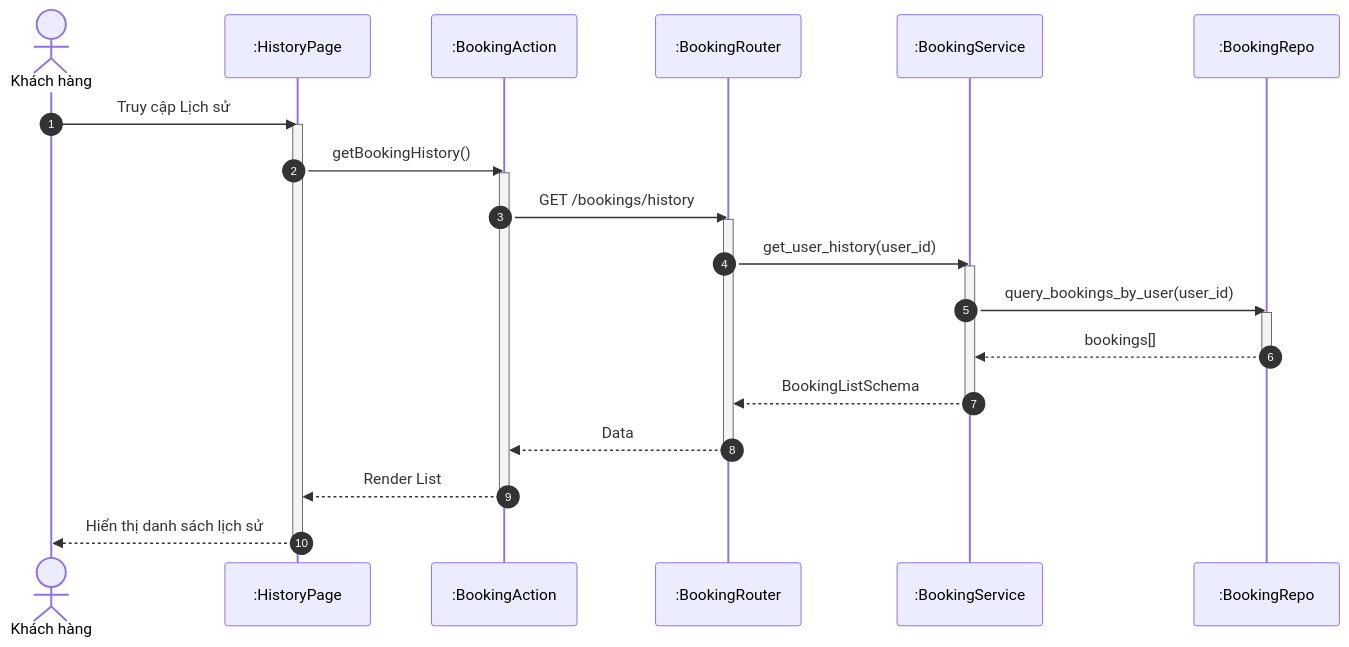
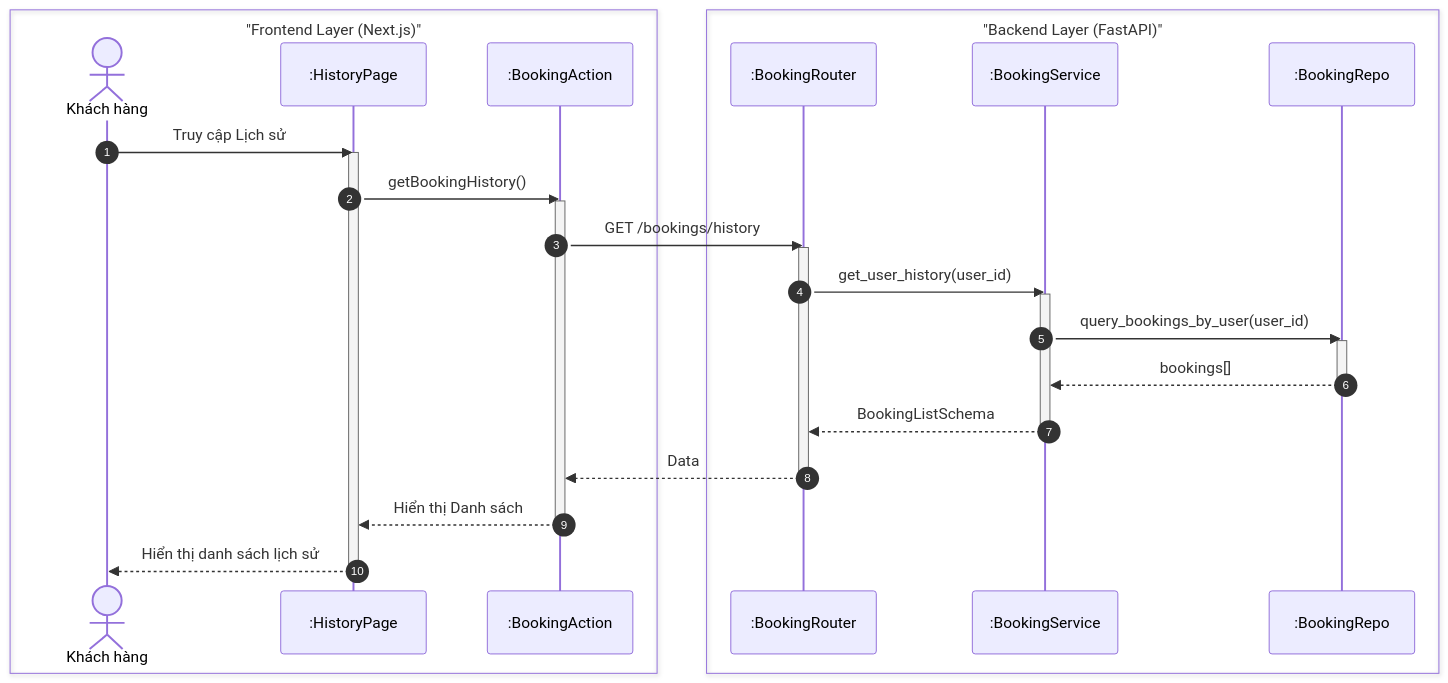
Before and after one commit to ngoctinn/Synapse: the seventh of 8 diagrams in docs/design/sequences/customer_flows.md, drawn with Mermaid. The commit also changed other lines of this file and 4 other files, not shown here.

Commit message:
docs: Add initial sequence diagrams for authentication, customer, technician, receptionist, and admin flows.

````diff
--- a/docs/design/sequences/customer_flows.md
+++ b/docs/design/sequences/customer_flows.md
@@ -309,38 +334,43 @@
 ```mermaid
 sequenceDiagram
     autonumber
-    actor KH as Khách hàng
-    participant UI as :HistoryPage
-    participant BFF as :BookingAction
-    participant API as :BookingRouter
-    participant S as :BookingService
-    participant DB as :BookingRepo
+    box "Frontend Layer (Next.js)"
+        actor KH as Khách hàng
+        participant UI as :HistoryPage
+        participant BFF as :BookingAction
+    end
+
+    box "Backend Layer (FastAPI)"
+        participant API as :BookingRouter
+        participant S as :BookingService
+        participant DB as :BookingRepo
+    end
 
     KH->>UI: Truy cập Lịch sử
     activate UI
     UI->>BFF: getBookingHistory()
     activate BFF
 
     BFF->>API: GET /bookings/history
     activate API
 
     API->>S: get_user_history(user_id)
     activate S
 
     S->>DB: query_bookings_by_user(user_id)
     activate DB
     DB-->>S: bookings[]
     deactivate DB
 
     S-->>API: BookingListSchema
     deactivate S
 
     API-->>BFF: Data
     deactivate API
 
-    BFF-->>UI: Render List
+    BFF-->>UI: Hiển thị Danh sách
     deactivate BFF
 
     UI-->>KH: Hiển thị danh sách lịch sử
     deactivate UI
 ```
````
